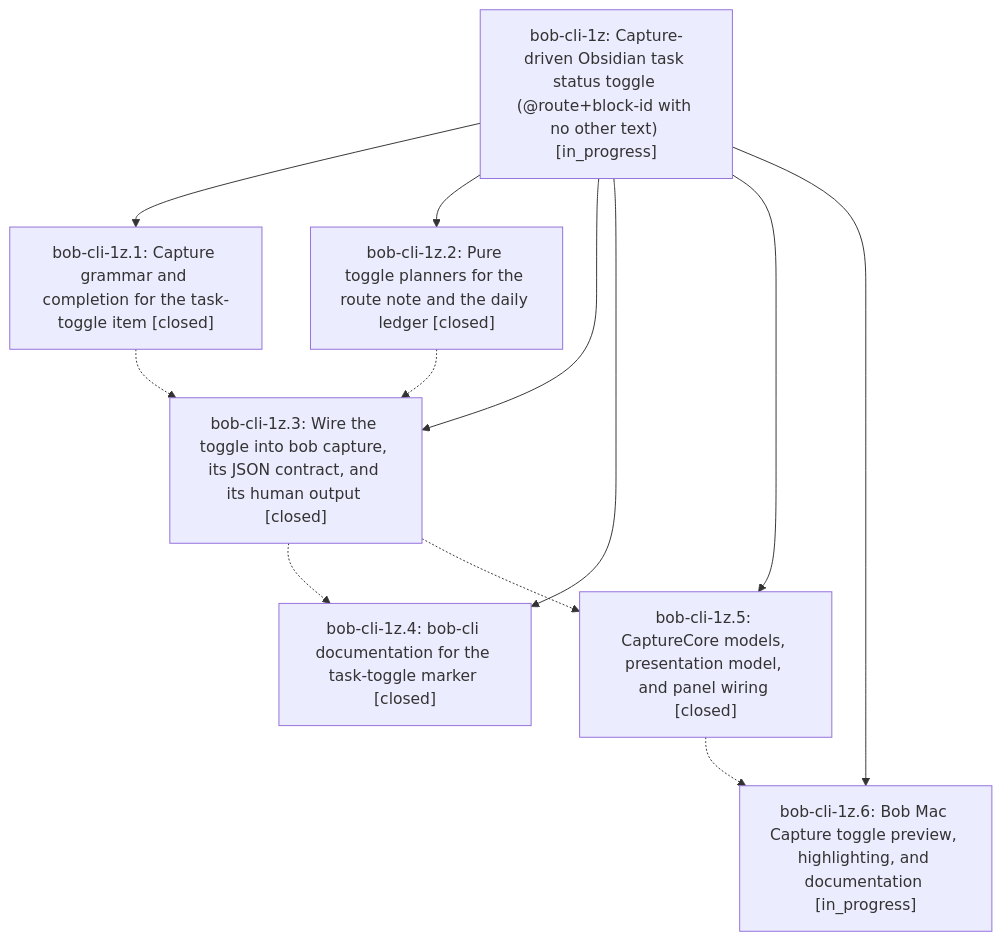
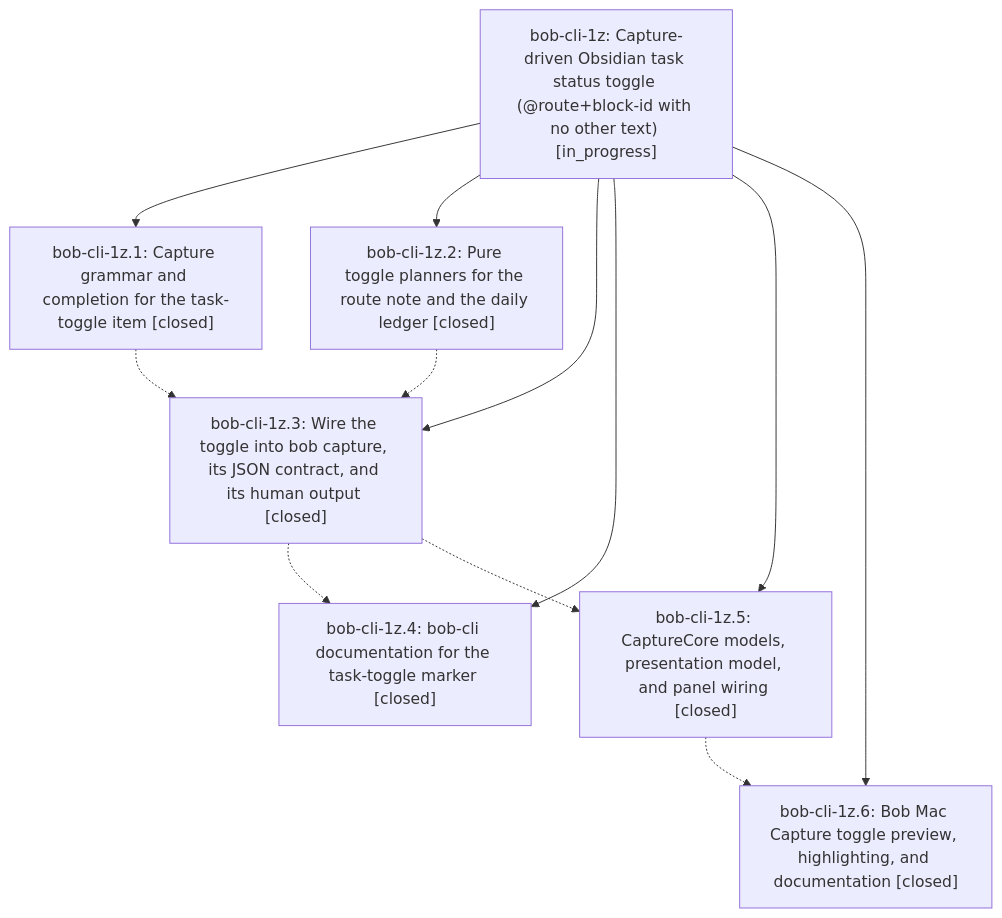
The diagram in pages/bob-cli-1z/README.md (bobs-org/bob-cli--beads), drawn with Mermaid before and after one commit. The commit also changed other lines of this file and 3 other files, not shown here.

First line of the commit message:
chore(beads): sync bead state and pages for bob-cli-1z

````diff
--- a/pages/bob-cli-1z/README.md
+++ b/pages/bob-cli-1z/README.md
@@ -39,21 +39,21 @@
 ```mermaid
 flowchart TD
     n0["bob-cli-1z: Capture-driven Obsidian task status toggle (@route+block-id with no other text) [in_progress]"]
     n1["bob-cli-1z.1: Capture grammar and completion for the task-toggle item [closed]"]
     n2["bob-cli-1z.2: Pure toggle planners for the route note and the daily ledger [closed]"]
     n3["bob-cli-1z.3: Wire the toggle into bob capture, its JSON contract, and its human output [closed]"]
     n4["bob-cli-1z.4: bob-cli documentation for the task-toggle marker [closed]"]
     n5["bob-cli-1z.5: CaptureCore models, presentation model, and panel wiring [closed]"]
-    n6["bob-cli-1z.6: Bob Mac Capture toggle preview, highlighting, and documentation [in_progress]"]
+    n6["bob-cli-1z.6: Bob Mac Capture toggle preview, highlighting, and documentation [closed]"]
     n0 --> n1
     n0 --> n2
     n0 --> n3
     n0 --> n4
     n0 --> n5
     n0 --> n6
     n1 -.-> n3
     n2 -.-> n3
     n3 -.-> n4
     n3 -.-> n5
     n5 -.-> n6
 ```
````
